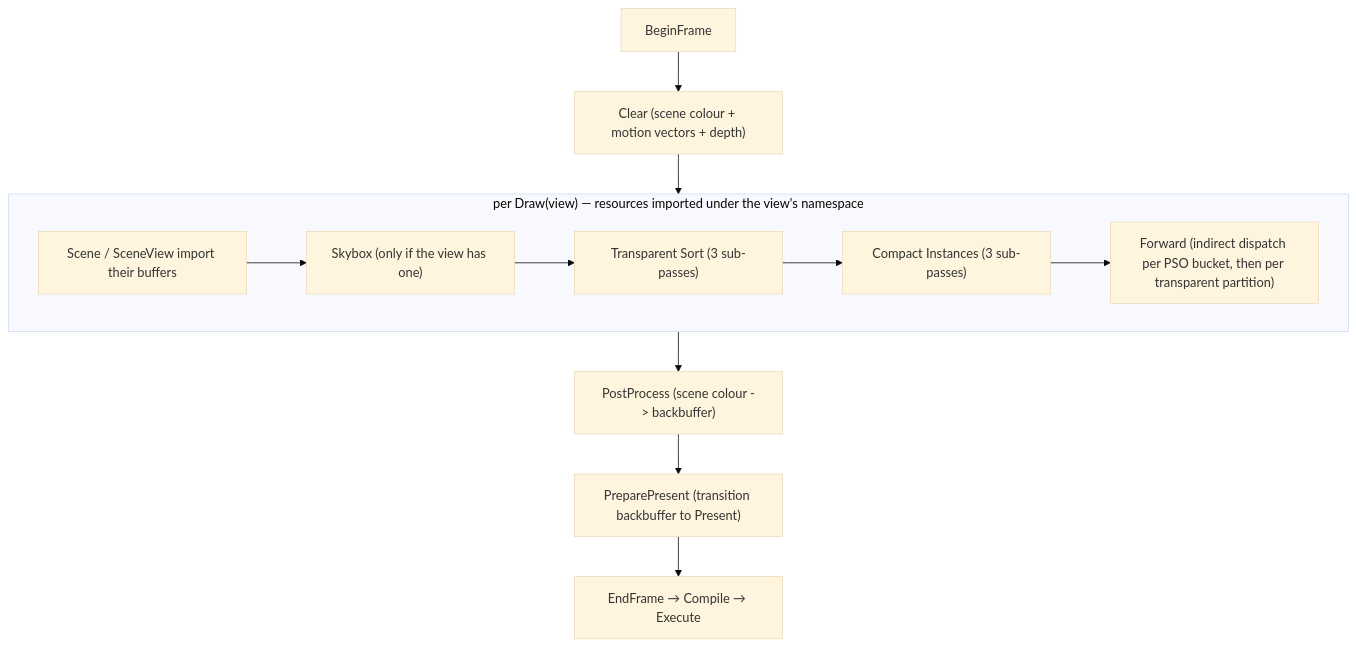
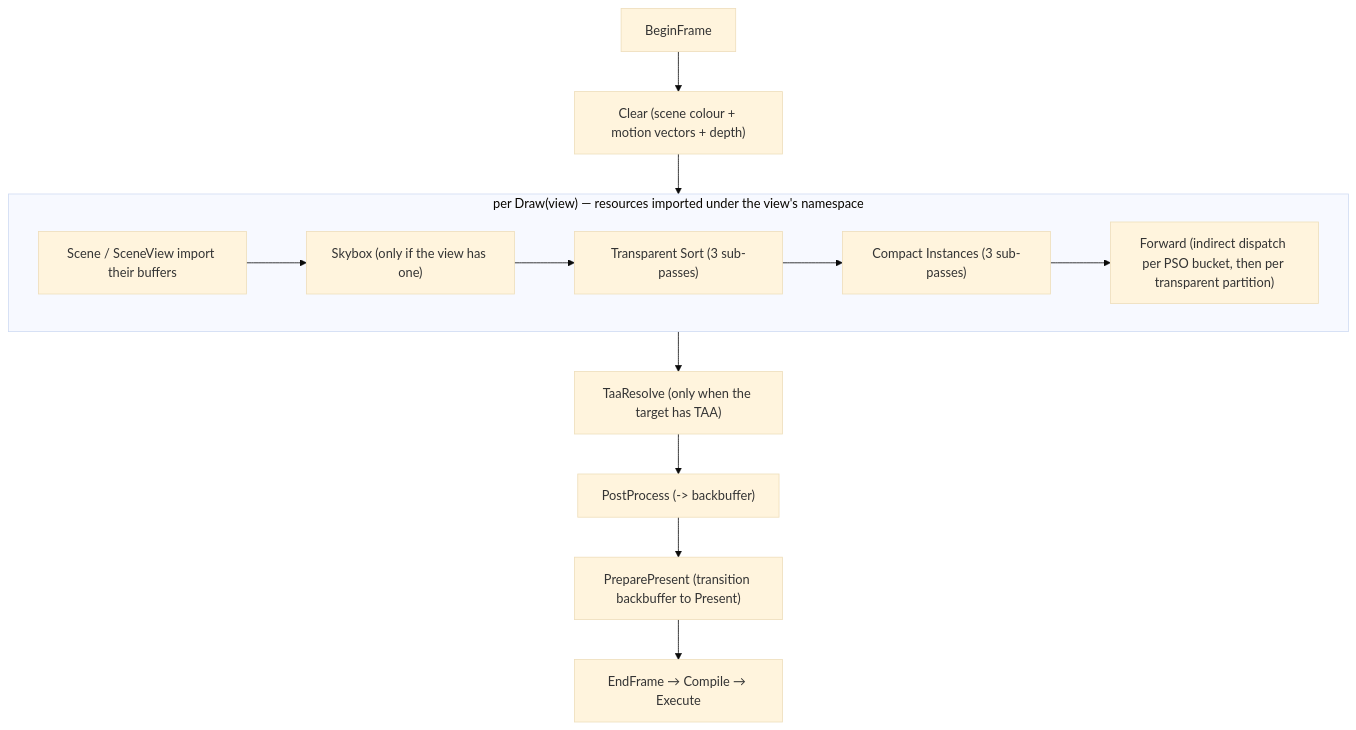
One commit to alexjiang200407/bernini changed the diagram in docs/passes.md. Above: the diagram before and after it, drawn with Mermaid (base theme). The commit also changed other lines of this file and 17 other files, not shown here.

````diff
--- a/docs/passes.md
+++ b/docs/passes.md
@@ -24,14 +24,15 @@
 ```mermaid
 flowchart TD
     BF["BeginFrame"] --> CLR["Clear (scene colour + motion vectors + depth)"]
     CLR --> D["per Draw(view)"]
     subgraph D["per Draw(view) — resources imported under the view's namespace"]
         IMP["Scene / SceneView import their buffers"] --> SKY["Skybox (only if the view has one)"]
         SKY --> TS["Transparent Sort (3 sub-passes)"]
         TS --> CI["Compact Instances (3 sub-passes)"]
         CI --> FWD["Forward (indirect dispatch per PSO bucket, then per transparent partition)"]
     end
-    D --> PPX["PostProcess (scene colour -> backbuffer)"]
+    D --> TAA["TaaResolve (only when the target has TAA)"]
+    TAA --> PPX["PostProcess (-> backbuffer)"]
     PPX --> PP["PreparePresent (transition backbuffer to Present)"]
     PP --> EF["EndFrame → Compile → Execute"]
 ```
````
